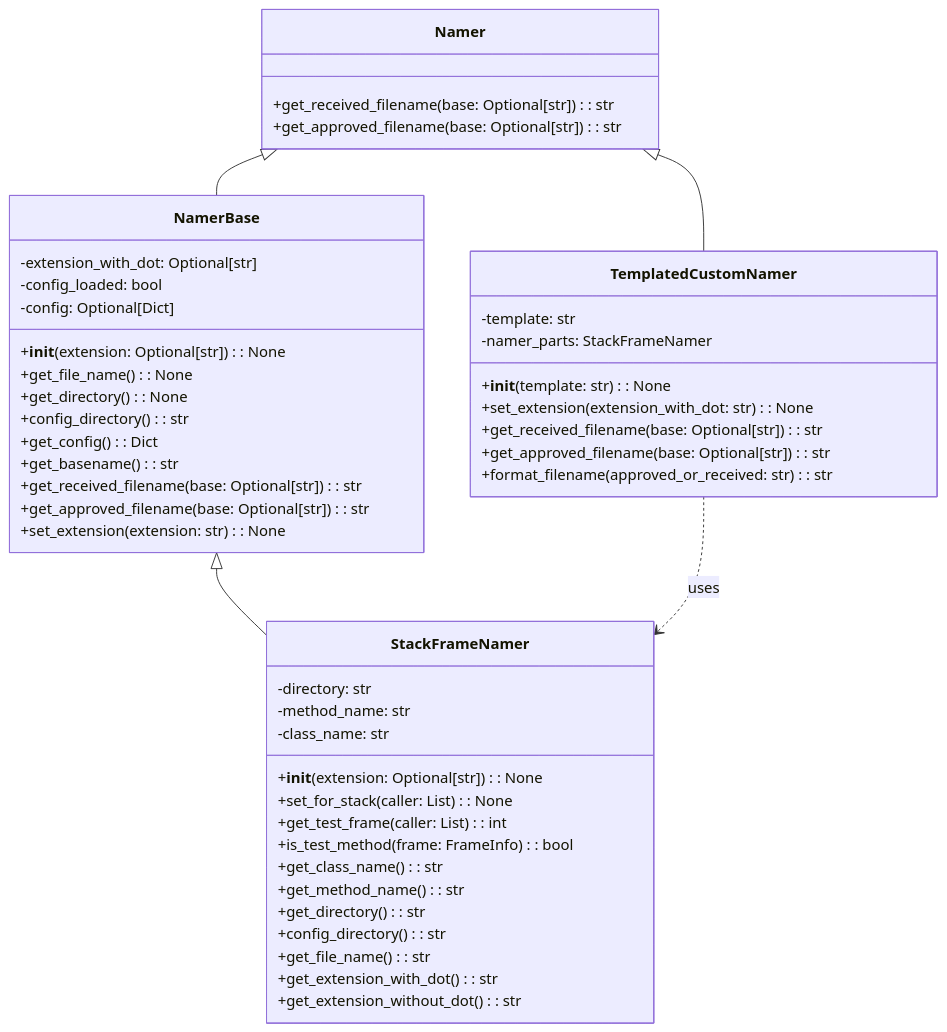
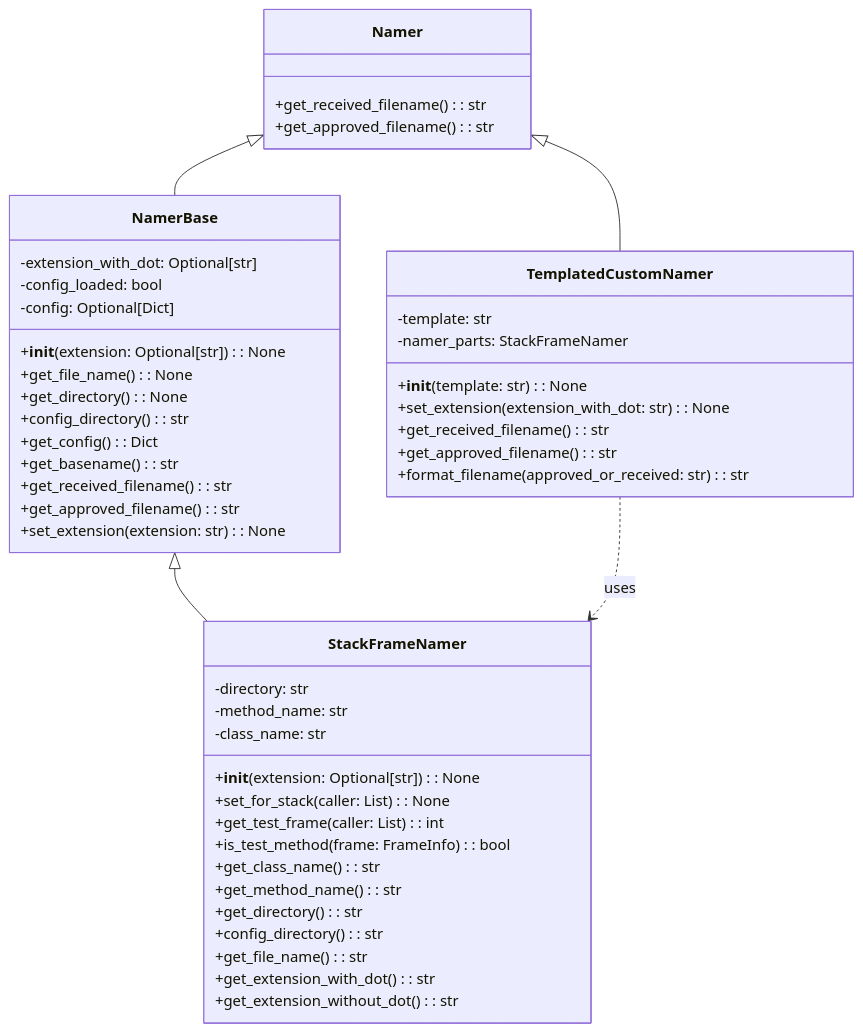
One commit to approvals/ApprovalTests.Python changed the diagram in docs/explanation/namer_architecture.md. Above: the diagram before and after it, drawn with Mermaid. The commit also changed 12 other files, not shown here.

````diff
--- a/docs/explanation/namer_architecture.md
+++ b/docs/explanation/namer_architecture.md
@@ -1,53 +1,53 @@
   ```mermaid
 classDiagram
     class Namer {
-        +get_received_filename(base: Optional[str]): str
-        +get_approved_filename(base: Optional[str]): str
+        +get_received_filename(): str
+        +get_approved_filename(): str
     }
 
     class NamerBase {
         -extension_with_dot: Optional[str]
         -config_loaded: bool
         -config: Optional[Dict]
         +__init__(extension: Optional[str]): None
         +get_file_name(): None
         +get_directory(): None
         +config_directory(): str
         +get_config(): Dict
         +get_basename(): str
-        +get_received_filename(base: Optional[str]): str
-        +get_approved_filename(base: Optional[str]): str
+        +get_received_filename(): str
+        +get_approved_filename(): str
         +set_extension(extension: str): None
     }
     Namer <|-- NamerBase
 
     class StackFrameNamer {
         -directory: str
         -method_name: str
         -class_name: str
         +__init__(extension: Optional[str]): None
         +set_for_stack(caller: List): None
         +get_test_frame(caller: List): int
         +is_test_method(frame: FrameInfo): bool
         +get_class_name(): str
         +get_method_name(): str
         +get_directory(): str
         +config_directory(): str
         +get_file_name(): str
         +get_extension_with_dot(): str
         +get_extension_without_dot(): str
     }
     NamerBase <|-- StackFrameNamer
 
     class TemplatedCustomNamer {
         -template: str
         -namer_parts: StackFrameNamer
         +__init__(template: str): None
         +set_extension(extension_with_dot: str): None
-        +get_received_filename(base: Optional[str]): str
-        +get_approved_filename(base: Optional[str]): str
+        +get_received_filename(): str
+        +get_approved_filename(): str
         +format_filename(approved_or_received: str): str
     }
     Namer <|-- TemplatedCustomNamer
     TemplatedCustomNamer ..> StackFrameNamer : uses
 ```
````
